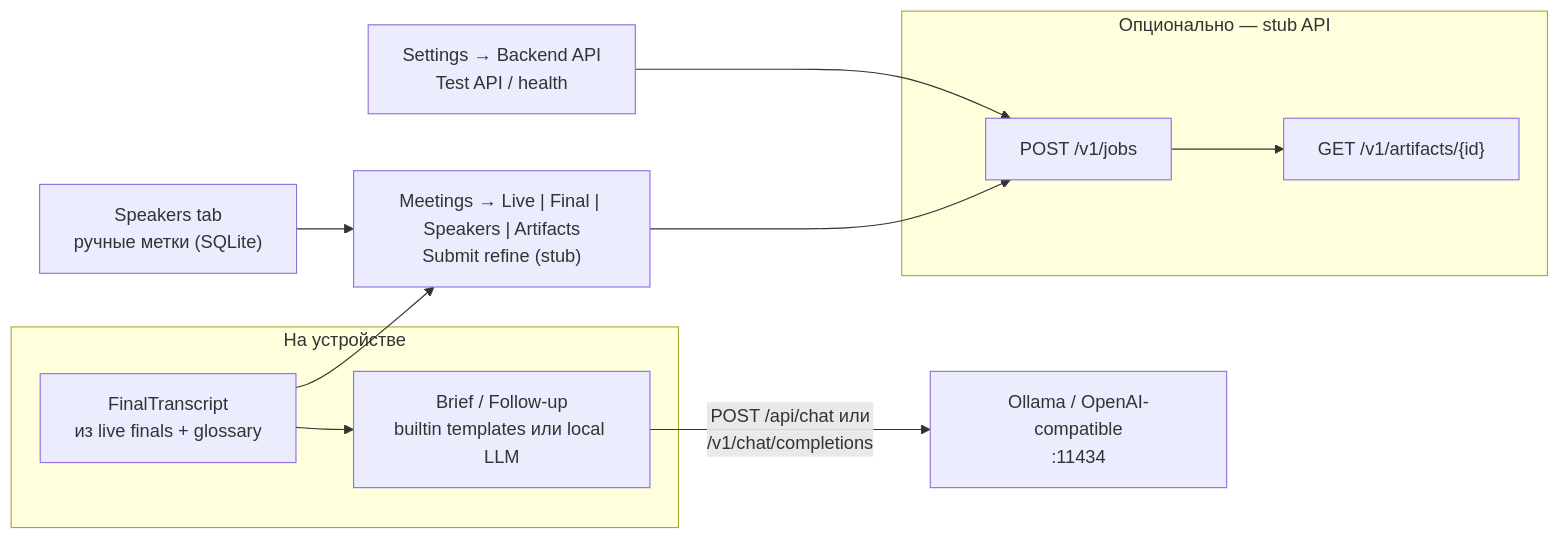
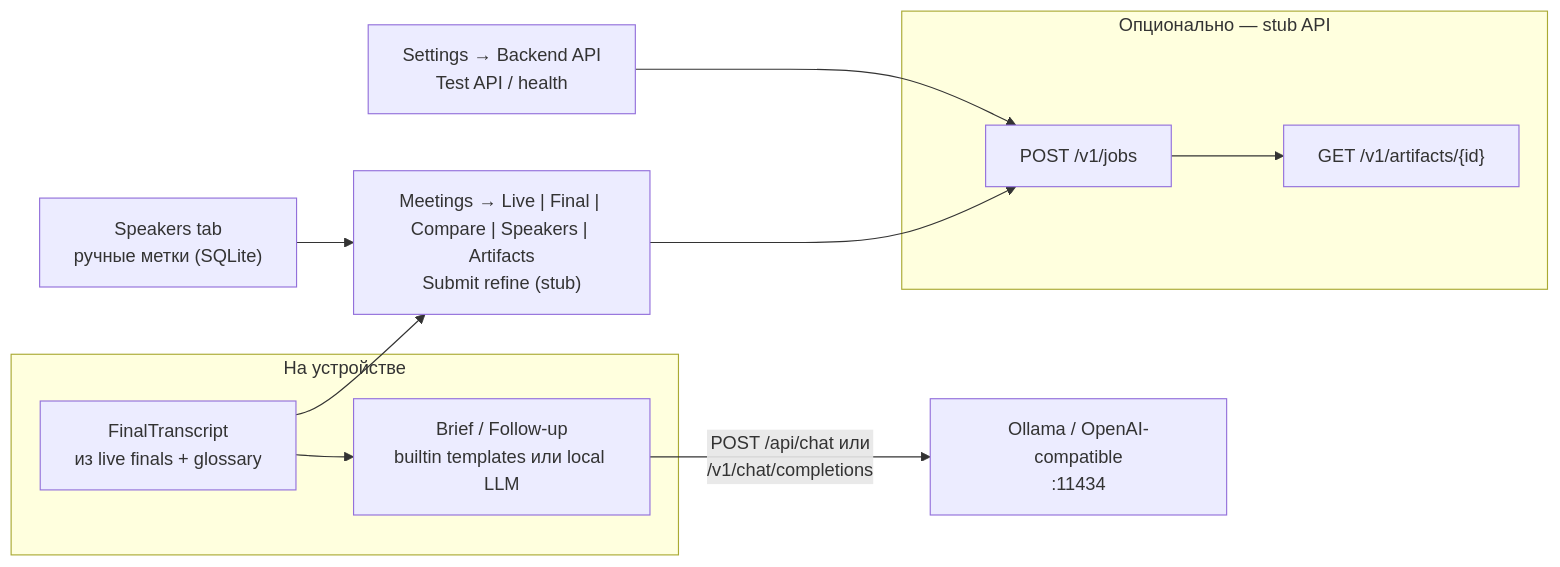
The third of 3 diagrams in docs/architecture-and-install.md (Vitvitsky/meetingraft), drawn with Mermaid before and after one commit. The commit also changed other lines of this file and 2 other files, not shown here.

Commit message:
docs: версии Final transcript и Compare в backlog

````diff
--- a/docs/architecture-and-install.md
+++ b/docs/architecture-and-install.md
@@ -86,22 +86,22 @@
 ```mermaid
 flowchart LR
   subgraph local["На устройстве"]
     Final["FinalTranscript\nиз live finals + glossary"]
     Art["Brief / Follow-up\nbuiltin templates или local LLM"]
     Final --> Art
   end
 
   LLM["Ollama / OpenAI-compatible\n:11434"]
   Art -->|"POST /api/chat или\n/v1/chat/completions"| LLM
 
   subgraph optional["Опционально — stub API"]
     Jobs["POST /v1/jobs"]
     Artifacts["GET /v1/artifacts/{id}"]
     Jobs --> Artifacts
   end
 
   Settings["Settings → Backend API\nTest API / health"] --> Jobs
-  Meetings["Meetings → Live | Final | Speakers | Artifacts\nSubmit refine (stub)"] --> Jobs
+  Meetings["Meetings → Live | Final | Compare | Speakers | Artifacts\nSubmit refine (stub)"] --> Jobs
   Final --> Meetings
   Speakers["Speakers tab\nручные метки (SQLite)"] --> Meetings
 ```
````
